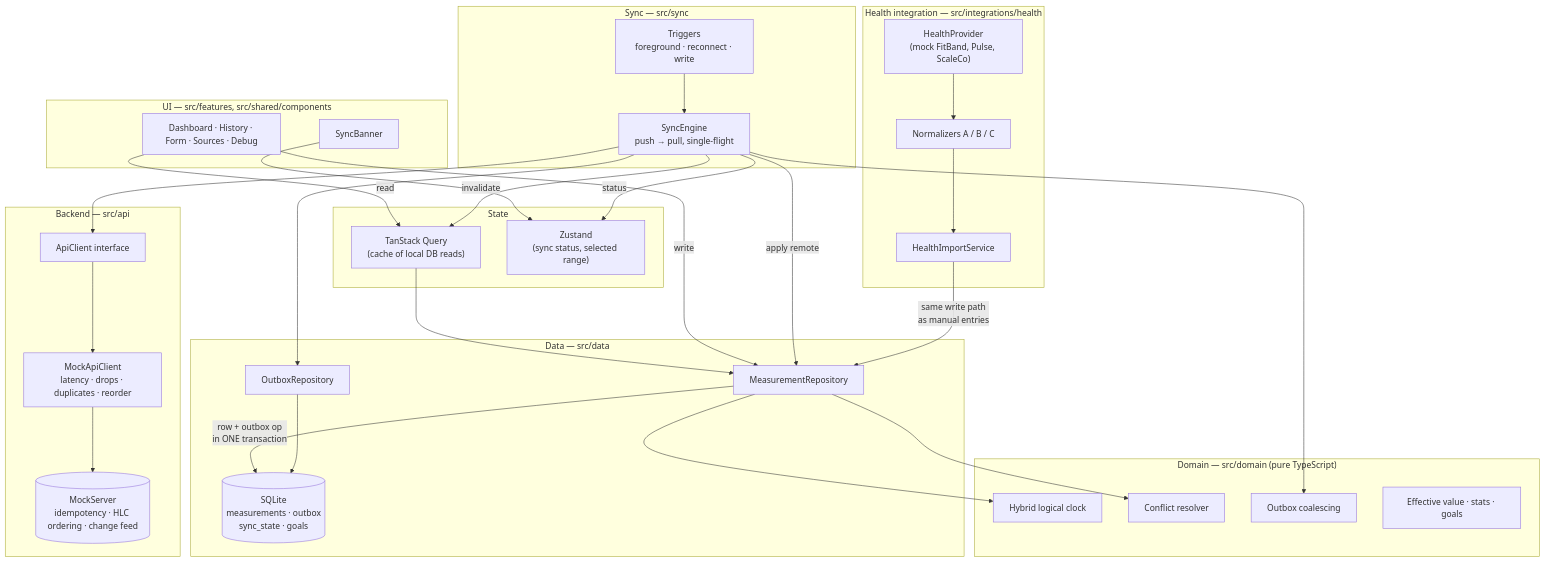
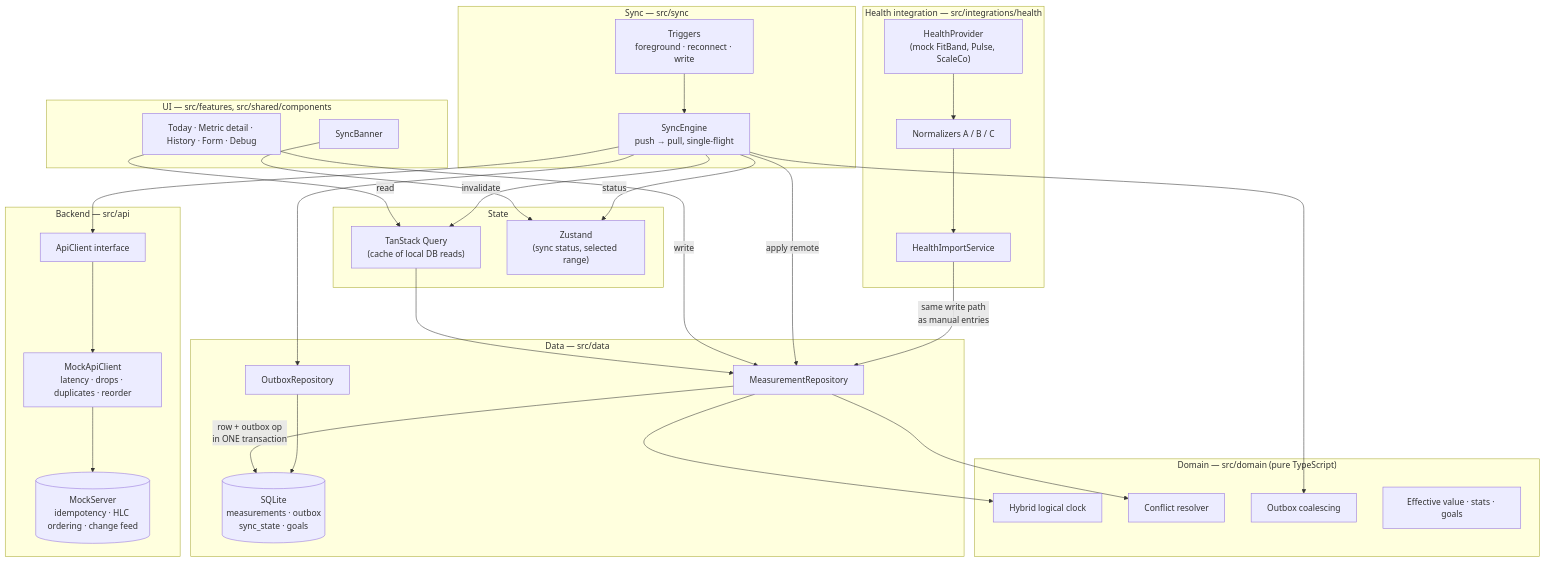
The first of 3 diagrams in docs/architecture.md (rahulkumawat2107/Traya-Assignment), drawn with Mermaid before and after one commit. The commit also changed 14 other files, not shown here.

First line of the commit message:
Remove the Sources tab; import dummy data from the Debug screen

````diff
--- a/docs/architecture.md
+++ b/docs/architecture.md
@@ -5,60 +5,60 @@
 ```mermaid
 flowchart TB
   subgraph UI["UI — src/features, src/shared/components"]
-    Screens["Dashboard · History · Form · Sources · Debug"]
+    Screens["Today · Metric detail · History · Form · Debug"]
     Banner["SyncBanner"]
   end
 
   subgraph State["State"]
     RQ["TanStack Query<br/>(cache of local DB reads)"]
     Zustand["Zustand<br/>(sync status, selected range)"]
   end
 
   subgraph Domain["Domain — src/domain (pure TypeScript)"]
     HLC["Hybrid logical clock"]
     Resolver["Conflict resolver"]
     Coalesce["Outbox coalescing"]
     Rules["Effective value · stats · goals"]
   end
 
   subgraph Data["Data — src/data"]
     Repo["MeasurementRepository"]
     Outbox["OutboxRepository"]
     DB[("SQLite<br/>measurements · outbox<br/>sync_state · goals")]
   end
 
   subgraph Sync["Sync — src/sync"]
     Engine["SyncEngine<br/>push → pull, single-flight"]
     Triggers["Triggers<br/>foreground · reconnect · write"]
   end
 
   subgraph Health["Health integration — src/integrations/health"]
     Import["HealthImportService"]
     Norm["Normalizers A / B / C"]
     Providers["HealthProvider<br/>(mock FitBand, Pulse, ScaleCo)"]
   end
 
   subgraph Backend["Backend — src/api"]
     Api["ApiClient interface"]
     MockApi["MockApiClient<br/>latency · drops · duplicates · reorder"]
     Server[("MockServer<br/>idempotency · HLC ordering · change feed")]
   end
 
   Screens -- "read" --> RQ --> Repo
   Screens -- "write" --> Repo
   Banner --> Zustand
   Repo -- "row + outbox op<br/>in ONE transaction" --> DB
   Outbox --> DB
   Repo --> HLC
   Repo --> Resolver
 
   Triggers --> Engine
   Engine --> Outbox
   Engine --> Coalesce
   Engine -- "apply remote" --> Repo
   Engine -- "status" --> Zustand
   Engine -- "invalidate" --> RQ
   Engine --> Api --> MockApi --> Server
 
   Providers --> Norm --> Import -- "same write path<br/>as manual entries" --> Repo
 ```
````
